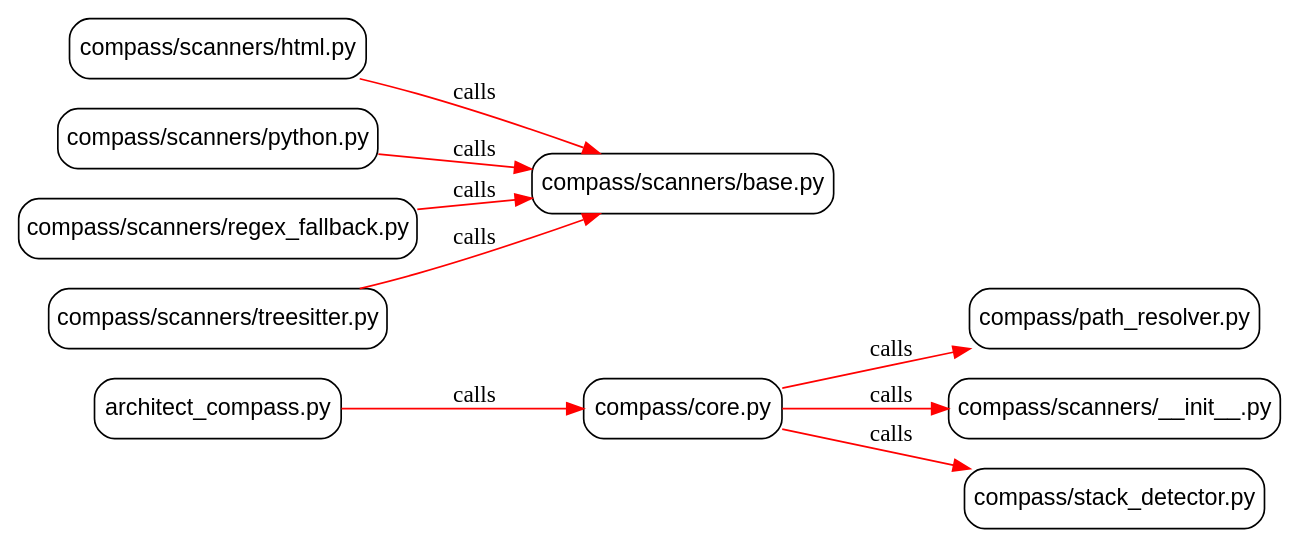
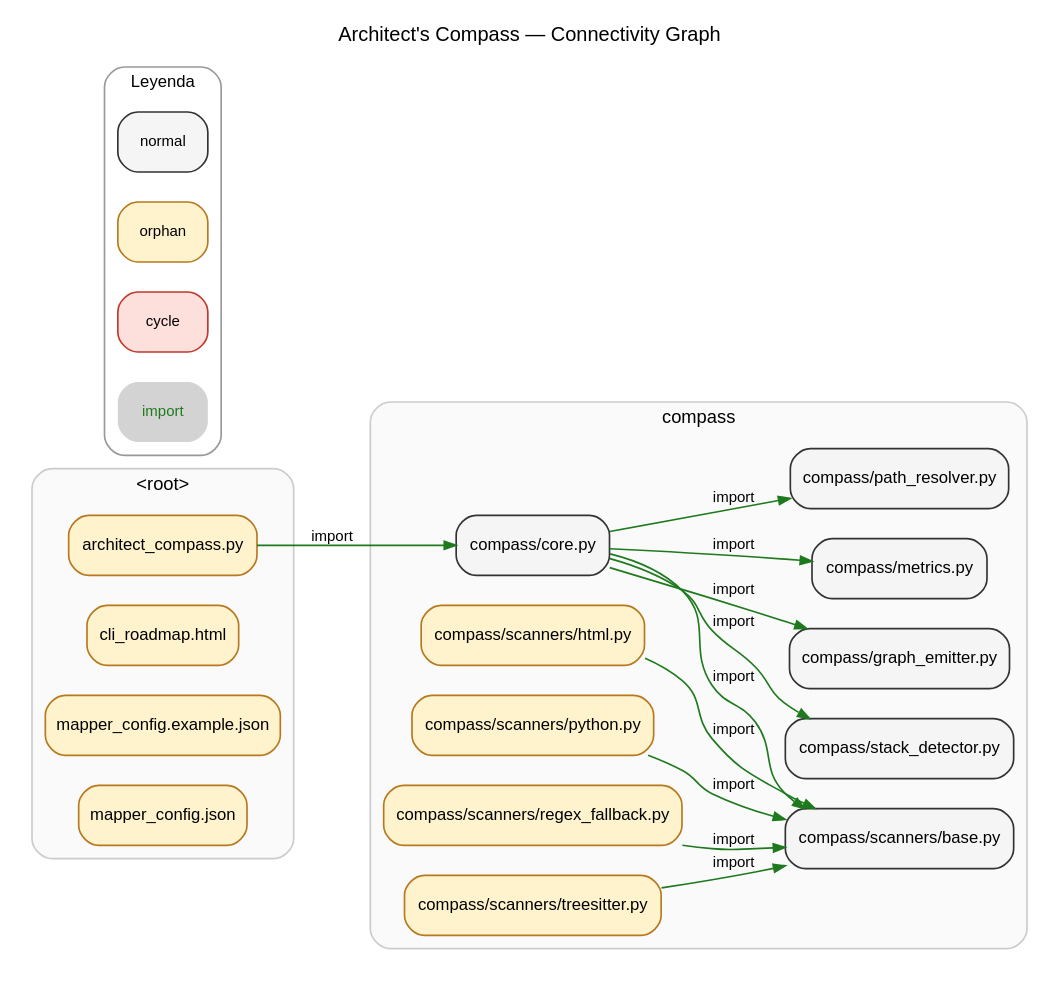
Before and after one commit to betovildoza/Architect_compass: the diagram in .map/connectivity.dot, drawn with Graphviz. The commit also changed 16 other files, not shown here.

```diff
--- a/.map/connectivity.dot
+++ b/.map/connectivity.dot
@@ -1,13 +1,52 @@
 digraph G {
     rankdir=LR;
-    concentrate=true;
-    node [shape=box, style=rounded, fontname="Arial"];
-    "architect_compass.py" -> "compass/core.py" [label="calls", color="red"];
-    "compass/core.py" -> "compass/path_resolver.py" [label="calls", color="red"];
-    "compass/core.py" -> "compass/scanners/__init__.py" [label="calls", color="red"];
-    "compass/core.py" -> "compass/stack_detector.py" [label="calls", color="red"];
-    "compass/scanners/html.py" -> "compass/scanners/base.py" [label="calls", color="red"];
-    "compass/scanners/python.py" -> "compass/scanners/base.py" [label="calls", color="red"];
-    "compass/scanners/regex_fallback.py" -> "compass/scanners/base.py" [label="calls", color="red"];
-    "compass/scanners/treesitter.py" -> "compass/scanners/base.py" [label="calls", color="red"];
+    concentrate=false; compound=true;
+    graph [fontname="Arial", fontsize=12, labelloc="t", label="Architect's Compass — Connectivity Graph"];
+    node [style="rounded,filled", fontname="Arial", fontsize=10];
+    edge [arrowsize=0.7];
+    subgraph "cluster_<root>" {
+        label="<root>";
+        style="rounded,filled";
+        fillcolor="#fafafa"; color="#cccccc";
+        fontname="Arial"; fontsize=11;
+        "architect_compass.py" [shape=box, fillcolor="#fff3cd", color="#b7791f"];
+        "cli_roadmap.html" [shape=box, fillcolor="#fff3cd", color="#b7791f"];
+        "mapper_config.example.json" [shape=box, fillcolor="#fff3cd", color="#b7791f"];
+        "mapper_config.json" [shape=box, fillcolor="#fff3cd", color="#b7791f"];
+    }
+    subgraph "cluster_compass" {
+        label="compass";
+        style="rounded,filled";
+        fillcolor="#fafafa"; color="#cccccc";
+        fontname="Arial"; fontsize=11;
+        "compass/core.py" [shape=box, fillcolor="#f5f5f5", color="#333333"];
+        "compass/graph_emitter.py" [shape=box, fillcolor="#f5f5f5", color="#333333"];
+        "compass/metrics.py" [shape=box, fillcolor="#f5f5f5", color="#333333"];
+        "compass/path_resolver.py" [shape=box, fillcolor="#f5f5f5", color="#333333"];
+        "compass/scanners/base.py" [shape=box, fillcolor="#f5f5f5", color="#333333"];
+        "compass/scanners/html.py" [shape=box, fillcolor="#fff3cd", color="#b7791f"];
+        "compass/scanners/python.py" [shape=box, fillcolor="#fff3cd", color="#b7791f"];
+        "compass/scanners/regex_fallback.py" [shape=box, fillcolor="#fff3cd", color="#b7791f"];
+        "compass/scanners/treesitter.py" [shape=box, fillcolor="#fff3cd", color="#b7791f"];
+        "compass/stack_detector.py" [shape=box, fillcolor="#f5f5f5", color="#333333"];
+    }
+    "architect_compass.py" -> "compass/core.py" [label="import", color="#1f7a1f", fontname="Arial", fontsize=9];
+    "compass/core.py" -> "compass/graph_emitter.py" [label="import", color="#1f7a1f", fontname="Arial", fontsize=9];
+    "compass/core.py" -> "compass/metrics.py" [label="import", color="#1f7a1f", fontname="Arial", fontsize=9];
+    "compass/core.py" -> "compass/path_resolver.py" [label="import", color="#1f7a1f", fontname="Arial", fontsize=9];
+    "compass/core.py" -> "compass/scanners/base.py" [label="import", color="#1f7a1f", fontname="Arial", fontsize=9];
+    "compass/core.py" -> "compass/stack_detector.py" [label="import", color="#1f7a1f", fontname="Arial", fontsize=9];
+    "compass/scanners/html.py" -> "compass/scanners/base.py" [label="import", color="#1f7a1f", fontname="Arial", fontsize=9];
+    "compass/scanners/python.py" -> "compass/scanners/base.py" [label="import", color="#1f7a1f", fontname="Arial", fontsize=9];
+    "compass/scanners/regex_fallback.py" -> "compass/scanners/base.py" [label="import", color="#1f7a1f", fontname="Arial", fontsize=9];
+    "compass/scanners/treesitter.py" -> "compass/scanners/base.py" [label="import", color="#1f7a1f", fontname="Arial", fontsize=9];
+    subgraph "cluster_legend" {
+        label="Leyenda"; style="rounded,filled";
+        fillcolor="#ffffff"; color="#999999";
+        fontname="Arial"; fontsize=10; rank=sink;
+        "_legend_node_normal" [label="normal", fillcolor="#f5f5f5", color="#333333", shape=box, style="rounded,filled", fontname="Arial", fontsize=9];
+        "_legend_node_orphan" [label="orphan", fillcolor="#fff3cd", color="#b7791f", shape=box, style="rounded,filled", fontname="Arial", fontsize=9];
+        "_legend_node_cycle" [label="cycle", fillcolor="#fde0dc", color="#c0392b", shape=box, style="rounded,filled", fontname="Arial", fontsize=9];
+        "_legend_edge_import" [label="import", shape=plaintext, fontname="Arial", fontsize=9, fontcolor="#1f7a1f"];
+    }
 }
```
